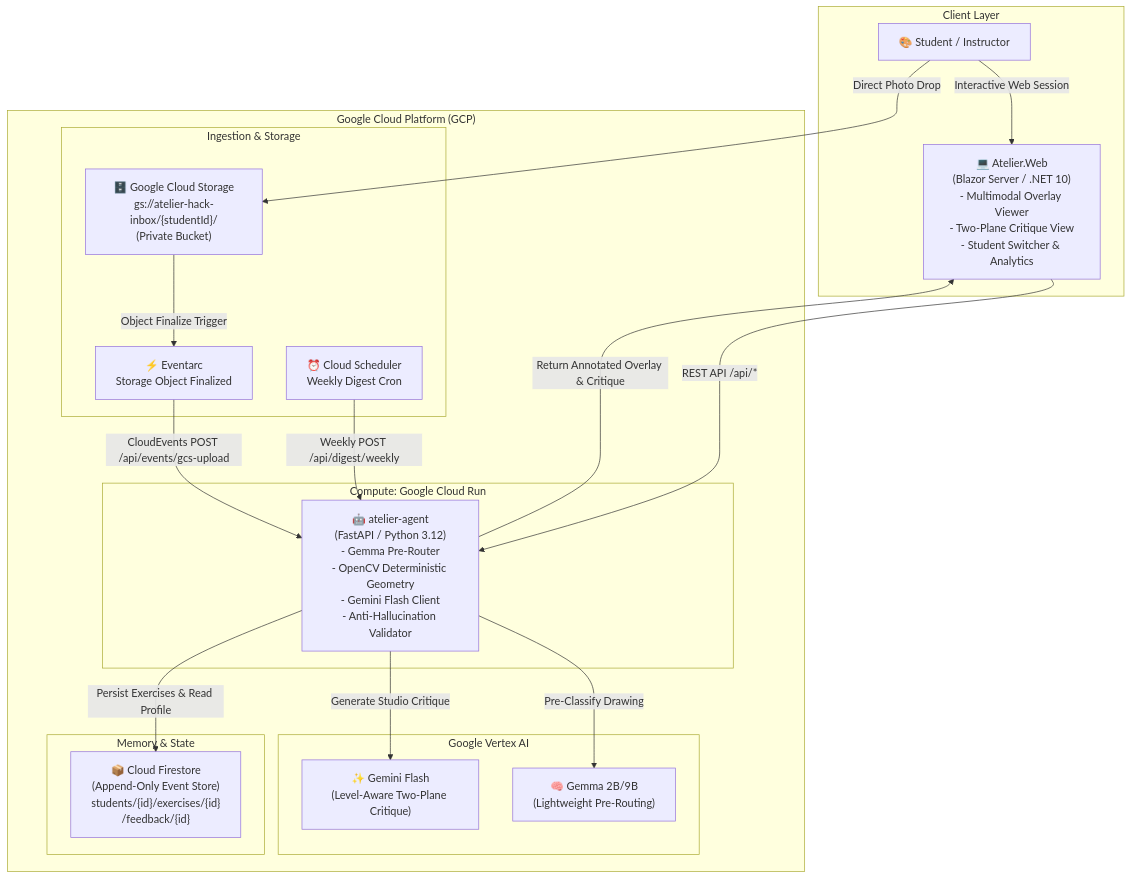
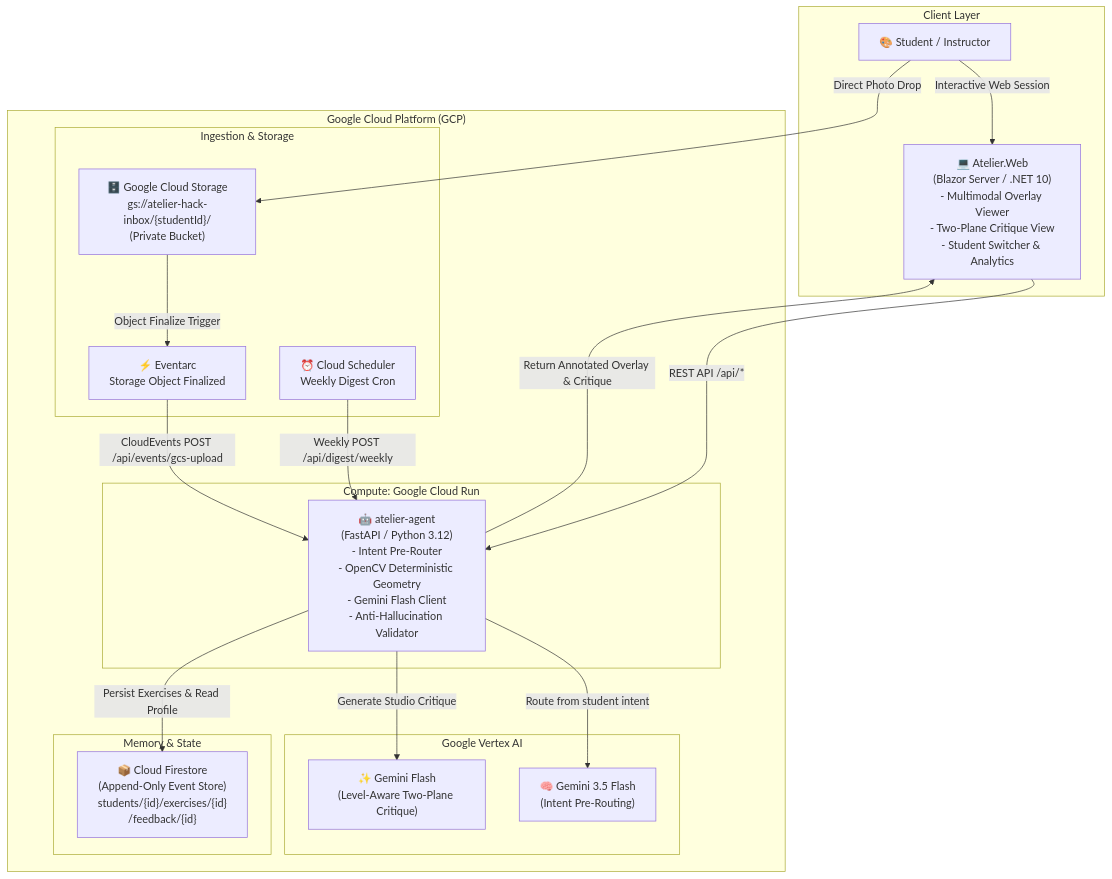
Before and after one commit to hvaler/atelier: the first of 2 diagrams in docs/ARCHITECTURE.md, drawn with Mermaid. The commit also changed other lines of this file and 14 other files, not shown here.

Commit message:
feat: refactor intent pre-router with genuine provenance tracking and update evidence documentation

````diff
--- a/docs/ARCHITECTURE.md
+++ b/docs/ARCHITECTURE.md
@@ -9,42 +9,43 @@
 ```mermaid
 graph TB
     subgraph "Client Layer"
         User["🎨 Student / Instructor"]
         WebUI["💻 Atelier.Web\n(Blazor Server / .NET 10)\n- Multimodal Overlay Viewer\n- Two-Plane Critique View\n- Student Switcher & Analytics"]
     end
 
     subgraph "Google Cloud Platform (GCP)"
         subgraph "Ingestion & Storage"
             GCS["🗄️ Google Cloud Storage\ngs://atelier-hack-inbox/{studentId}/\n(Private Bucket)"]
             Eventarc["⚡ Eventarc\nStorage Object Finalized"]
             Scheduler["⏰ Cloud Scheduler\nWeekly Digest Cron"]
         end
 
         subgraph "Compute: Google Cloud Run"
-            AgentService["🤖 atelier-agent\n(FastAPI / Python 3.12)\n- Gemma Pre-Router\n- OpenCV Deterministic Geometry\n- Gemini Flash Client\n- Anti-Hallucination Validator"]
+            AgentService["🤖 atelier-agent\n(FastAPI / Python 3.12)\n- Intent Pre-Router\n- OpenCV Deterministic Geometry\n- Gemini Flash Client\n- Anti-Hallucination Validator"]
         end
 
         subgraph "Google Vertex AI"
-            Gemma["🧠 Gemma 2B/9B\n(Lightweight Pre-Routing)"]
+            Router["🧠 Gemini 3.5 Flash
+(Intent Pre-Routing)"]
             Gemini["✨ Gemini Flash\n(Level-Aware Two-Plane Critique)"]
         end
 
         subgraph "Memory & State"
             Firestore["📦 Cloud Firestore\n(Append-Only Event Store)\nstudents/{id}/exercises/{id}\n/feedback/{id}"]
         end
     end
 
     User -->|Interactive Web Session| WebUI
     User -->|Direct Photo Drop| GCS
 
     WebUI -->|REST API /api/*| AgentService
     GCS -->|Object Finalize Trigger| Eventarc
     Eventarc -->|CloudEvents POST /api/events/gcs-upload| AgentService
     Scheduler -->|Weekly POST /api/digest/weekly| AgentService
 
-    AgentService -->|Pre-Classify Drawing| Gemma
+    AgentService -->|Route from student intent| Router
     AgentService -->|Generate Studio Critique| Gemini
     AgentService -->|Persist Exercises & Read Profile| Firestore
 
     AgentService -->|Return Annotated Overlay & Critique| WebUI
 ```
````
